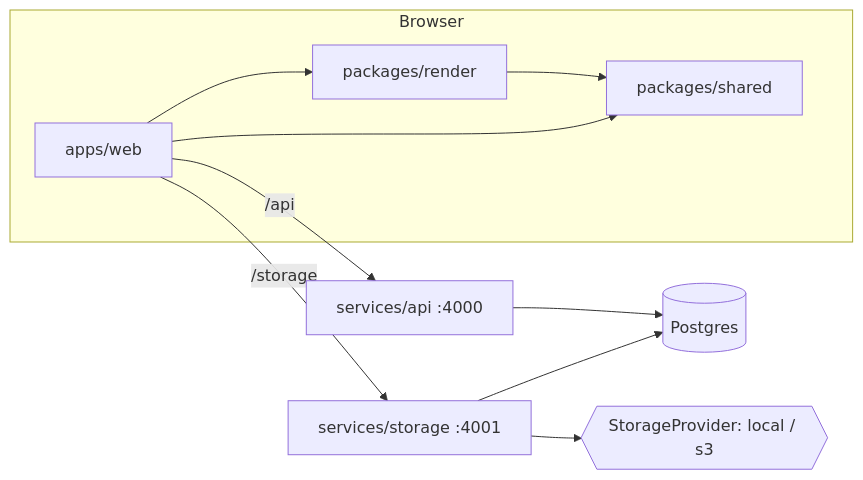
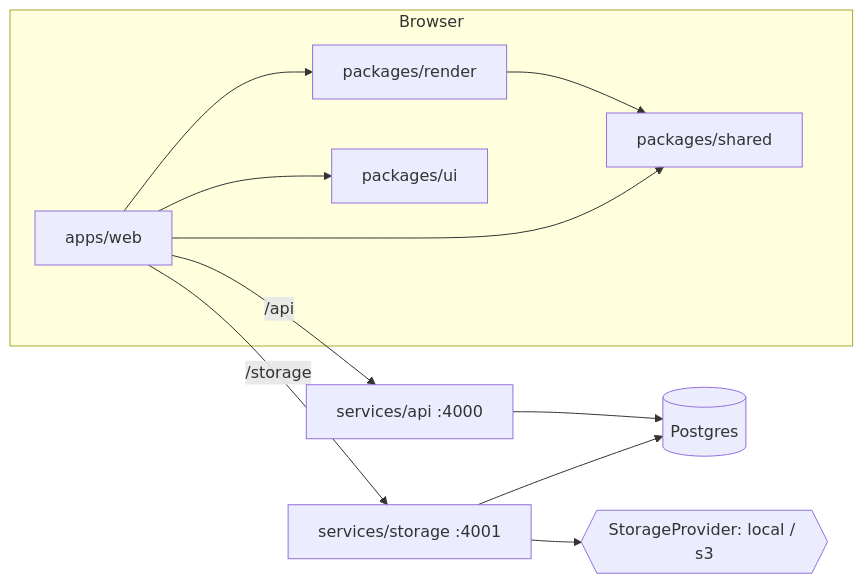
Before and after one commit to bryce-evans/memegen: the diagram in ARCH.md, drawn with Mermaid. The commit also changed other lines of this file and 21 other files, not shown here.

````diff
--- a/ARCH.md
+++ b/ARCH.md
@@ -19,13 +20,14 @@
 ```mermaid
 flowchart LR
   subgraph Browser
     web[apps/web] --> render[packages/render]
     web --> shared[packages/shared]
+    web --> ui[packages/ui]
     render --> shared
   end
   web -- /storage --> storage[services/storage :4001]
   web -- /api --> api[services/api :4000]
   storage --> pg[(Postgres)]
   api --> pg
   storage --> prov{{StorageProvider: local / s3}}
 ```
````
